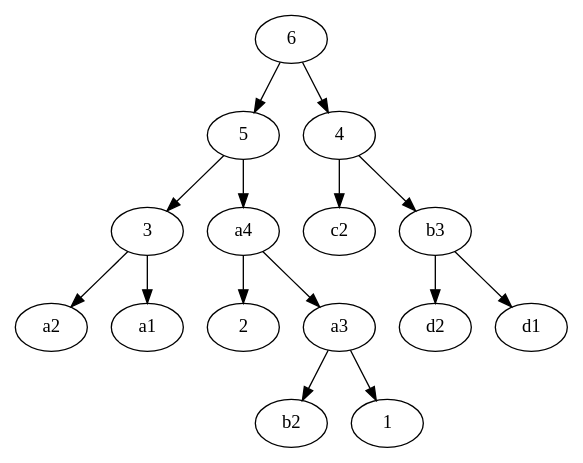
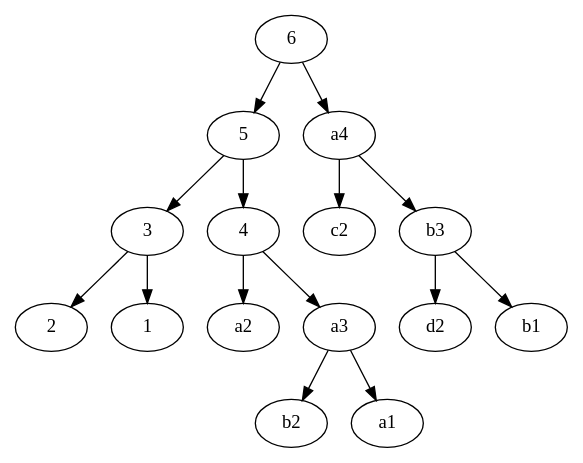
One commit to LingF/LeetCode changed the first of 2 diagrams in daily/2022-04-11.md. Above: the diagram before and after it, drawn with Graphviz. The commit also changed other lines of this file and 6 other files, not shown here.

````diff
--- a/daily/2022-04-11.md
+++ b/daily/2022-04-11.md
@@ -92,18 +90,18 @@
 ```dot
 digraph G {
   6 -> 5
-  6 -> 4
-  4 -> c2
-  4 -> b3
+  6 -> a4
+  a4 -> c2
+  a4 -> b3
   b3 -> d2
-  b3 -> d1
+  b3 -> b1
   5 -> 3
-  5 -> a4
-  3 -> a2
-  3 -> a1
-  a4 -> 2
-  a4 -> a3
+  5 -> 4
+  3 -> 2
+  3 -> 1
+  4 -> a2
+  4 -> a3
   a3 -> b2
-  a3 -> 1
+  a3 -> a1
 }
 ```
````
